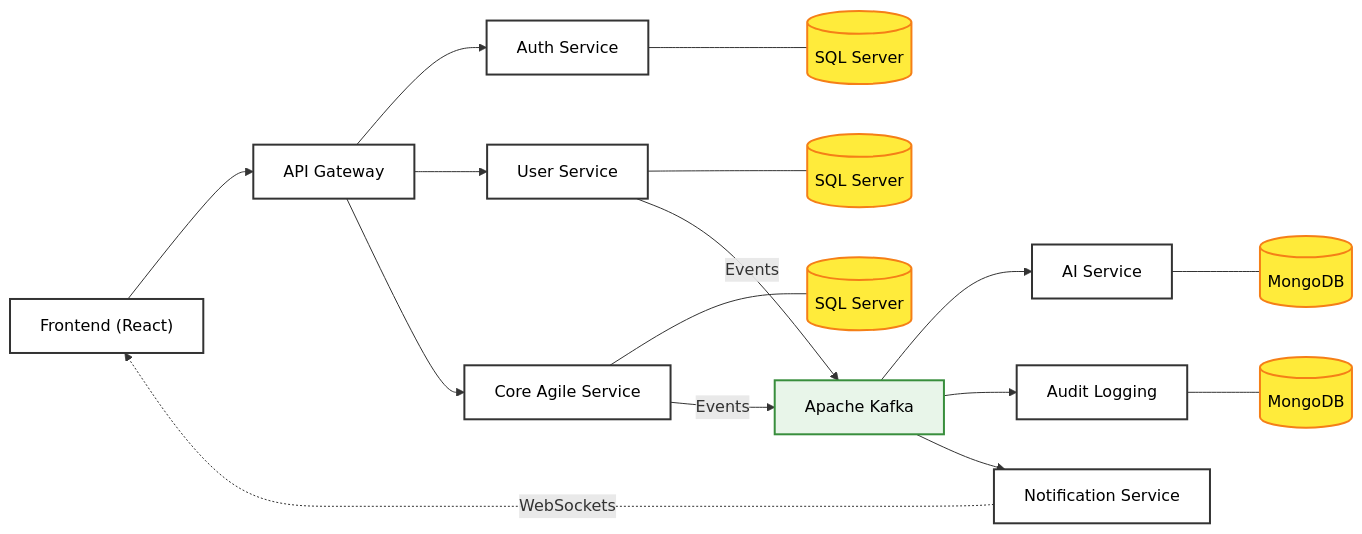
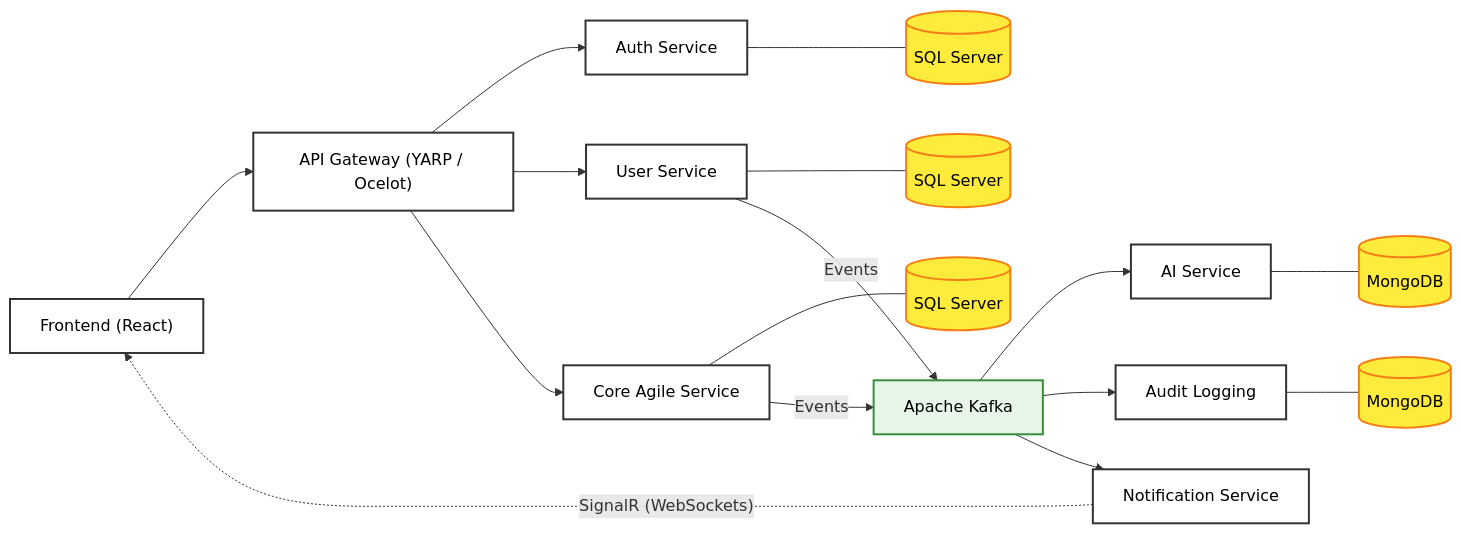
One commit to Nader20-5/_TASKOVE changed the diagram in README.md. Above: the diagram before and after it, drawn with Mermaid. The commit also changed other lines of this file, not shown here.

Commit message:
docs: update architecture to .NET Core / ASP.NET Core

````diff
--- a/README.md
+++ b/README.md
@@ -10,53 +10,53 @@
 ```mermaid
 graph LR
     %% Basic Styling for clarity
     classDef default fill:#fff,stroke:#333,stroke-width:2px,color:#000
     classDef db fill:#ffeb3b,stroke:#f57f17,stroke-width:2px,color:#000
     classDef broker fill:#e8f5e9,stroke:#388e3c,stroke-width:2px,color:#000
 
     %% Main Components
     Frontend["Frontend (React)"]
-    Gateway["API Gateway"]
+    Gateway["API Gateway (YARP / Ocelot)"]
     
     AuthService["Auth Service"]
     AuthDB[("SQL Server")]:::db
 
     UserService["User Service"]
     UserDB[("SQL Server")]:::db
     
     CoreService["Core Agile Service"]
     CoreDB[("SQL Server")]:::db
     
     Kafka["Apache Kafka"]:::broker
     
     AIService["AI Service"]
     AIDB[("MongoDB")]:::db
     
     AuditService["Audit Logging"]
     AuditDB[("MongoDB")]:::db
     
     Notification["Notification Service"]
 
     %% Connections
     Frontend --> Gateway
     
     Gateway --> AuthService
     Gateway --> UserService
     Gateway --> CoreService
     
     AuthService --- AuthDB
     UserService --- UserDB
     CoreService --- CoreDB
     
     CoreService -- "Events" --> Kafka
     UserService -- "Events" --> Kafka
     
     Kafka --> AIService
     Kafka --> AuditService
     Kafka --> Notification
     
     AIService --- AIDB
     AuditService --- AuditDB
     
-    Notification -. "WebSockets" .-> Frontend
+    Notification -. "SignalR (WebSockets)" .-> Frontend
 ```
````
